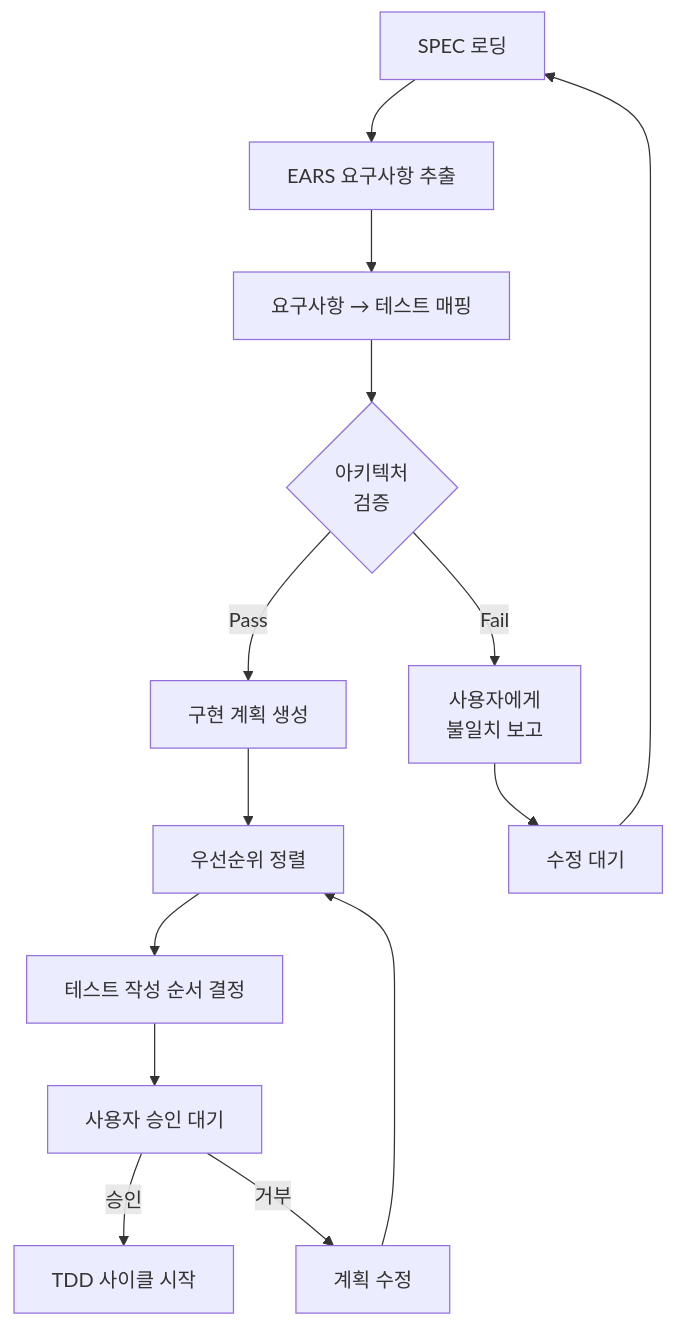
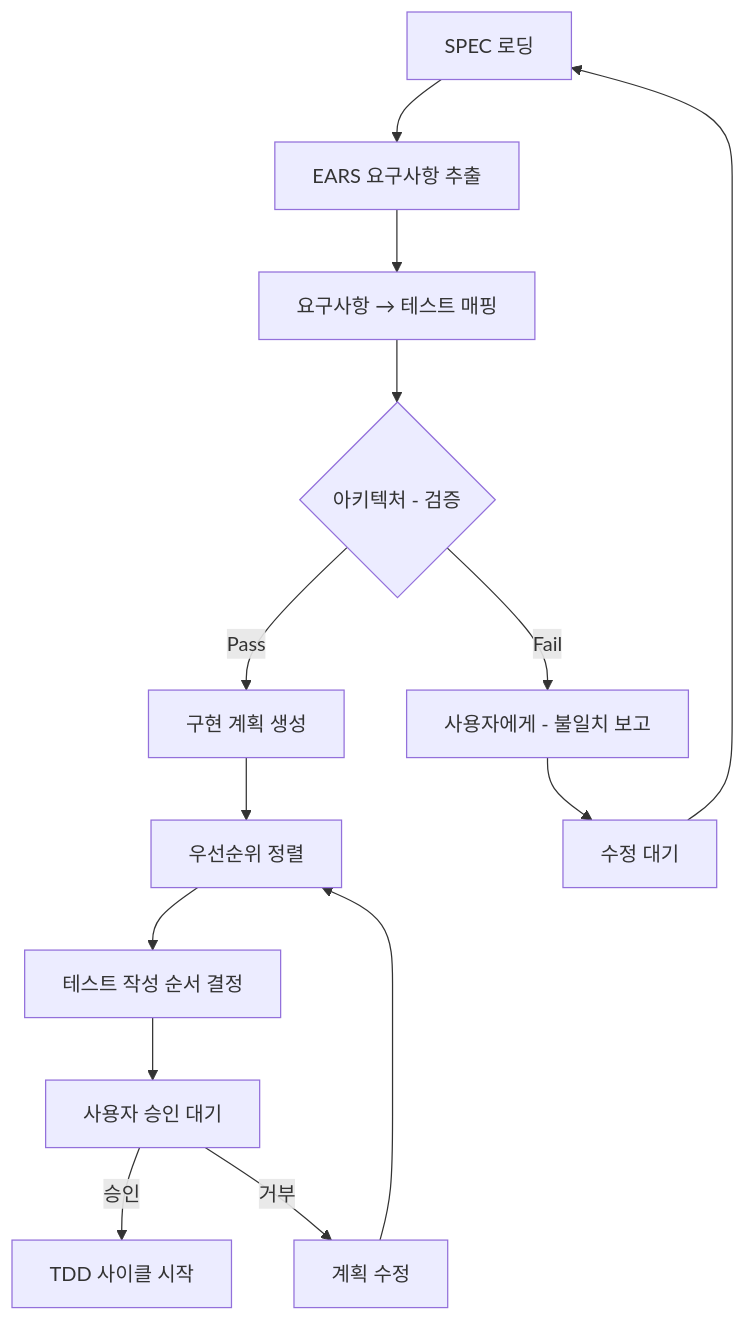
The second of 7 diagrams in docs/claude/agents/code-builder.md (modu-ai/moai-adk), drawn with Mermaid before and after one commit. The commit also changed other lines of this file and 447 other files, not shown here.

````diff
--- a/docs/claude/agents/code-builder.md
+++ b/docs/claude/agents/code-builder.md
@@ -113,21 +113,21 @@
 ```mermaid
 flowchart TD
     A[SPEC 로딩] --> B[EARS 요구사항 추출]
     B --> C["요구사항 → 테스트 매핑"]
-    C --> D{아키텍처<br/>검증}
+    C --> D{아키텍처 - 검증}
 
     D -->|Pass| E[구현 계획 생성]
-    D -->|Fail| F[사용자에게<br/>불일치 보고]
+    D -->|Fail| F[사용자에게 - 불일치 보고]
 
     F --> G[수정 대기]
     G --> A
 
     E --> H[우선순위 정렬]
     H --> I[테스트 작성 순서 결정]
     I --> J[사용자 승인 대기]
 
     J -->|승인| K[TDD 사이클 시작]
     J -->|거부| L[계획 수정]
     L --> H
 
 ```
````
